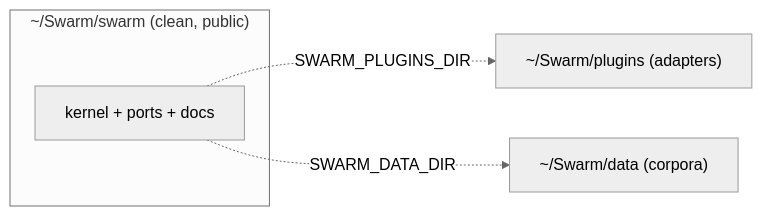
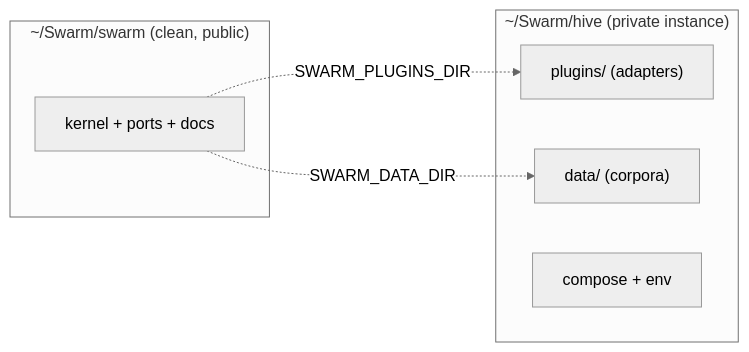
The seventh of 7 diagrams in docs/system_architecture.md (wefts/swarm), drawn with Mermaid (neutral theme) before and after one commit. The commit also changed other lines of this file and 5 other files, not shown here.

````diff
--- a/docs/system_architecture.md
+++ b/docs/system_architecture.md
@@ -550,10 +560,13 @@
 ```mermaid
 flowchart LR
     subgraph Repo["~/Swarm/swarm (clean, public)"]
         K["kernel + ports + docs"]
     end
-    P["~/Swarm/plugins (adapters)"]
-    D["~/Swarm/data (corpora)"]
+    subgraph Hive["~/Swarm/hive (private instance)"]
+        P["plugins/ (adapters)"]
+        D["data/ (corpora)"]
+        C["compose + env"]
+    end
     K -. "SWARM_PLUGINS_DIR" .-> P
     K -. "SWARM_DATA_DIR" .-> D
 ```
````
